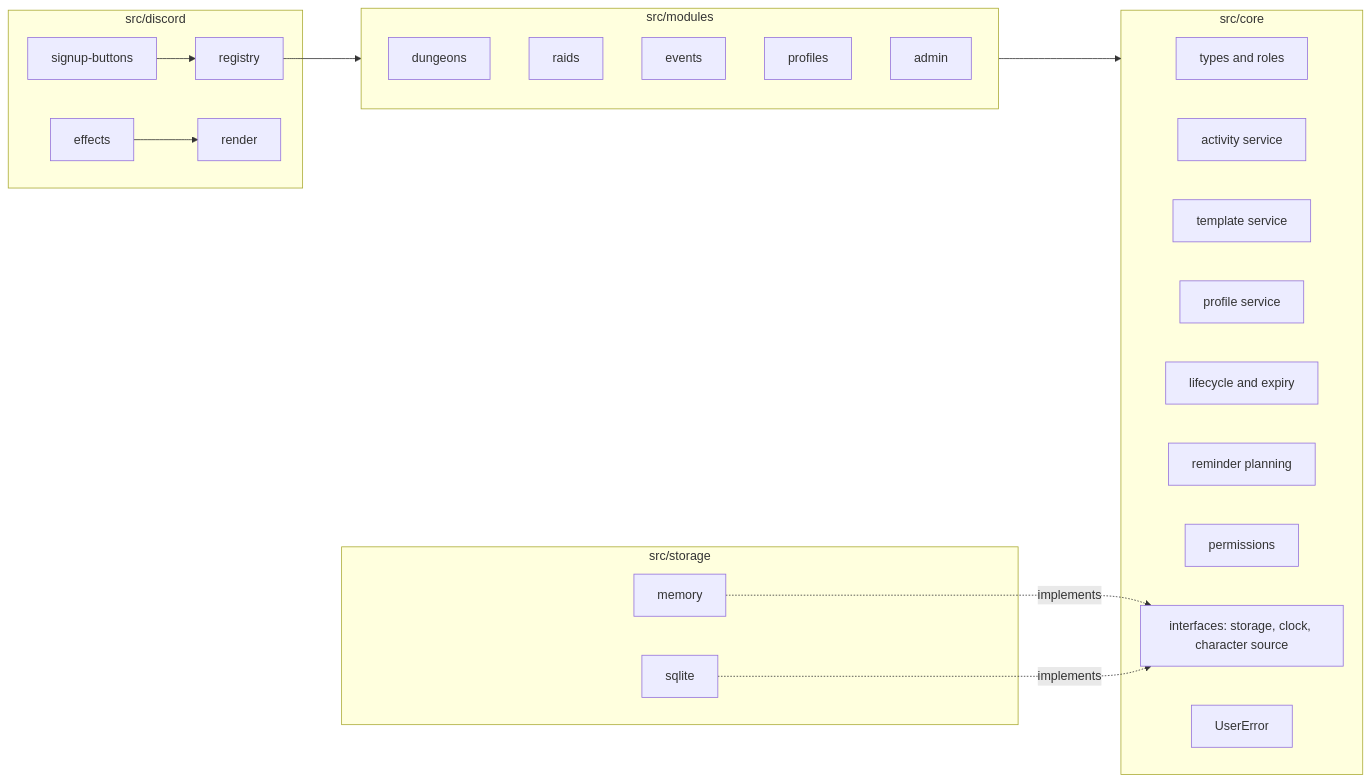
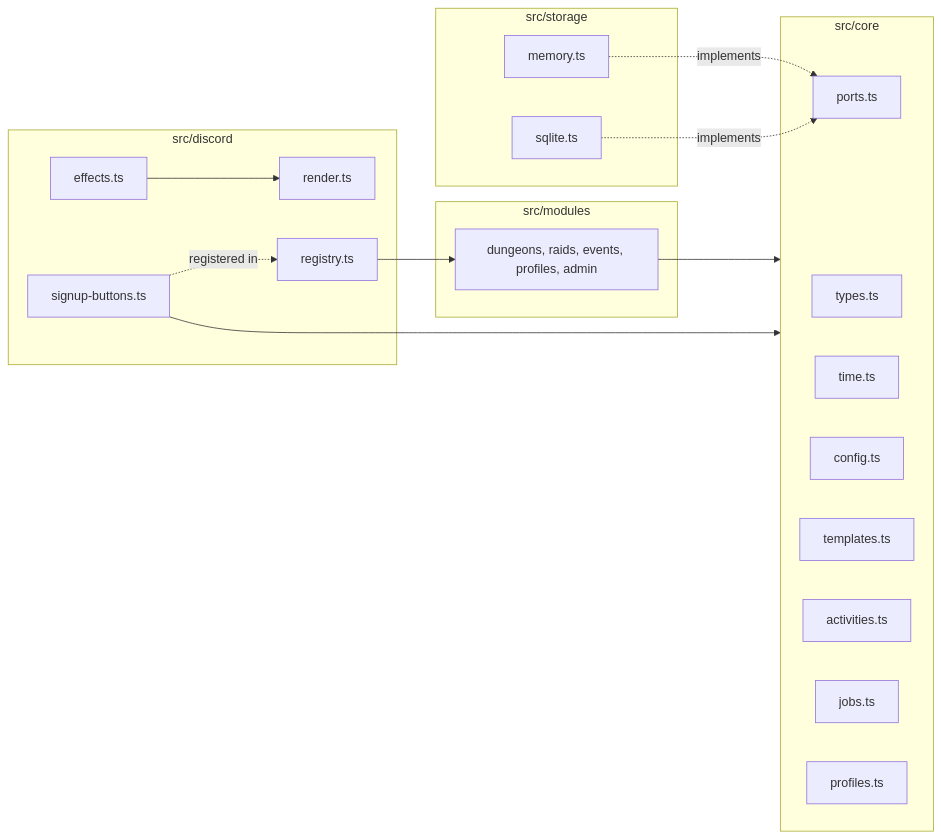
Before and after one commit to brookflok/dungeon-raid-discord-bot: the third of 7 diagrams in docs/architecture/arc42.md, drawn with Mermaid. The commit also changed other lines of this file, not shown here.

Commit message:
docs: arc42 file-level view and technology stack labelling
Claude-Session: https://claude.ai/code/session_018EKDfU1muG6vsiVQVMN85E

````diff
--- a/docs/architecture/arc42.md
+++ b/docs/architecture/arc42.md
@@ -141,37 +141,33 @@
 ```mermaid
 flowchart LR
     subgraph core[src/core]
-      types[types and roles]
-      activity[activity service]
-      templates[template service]
-      profilesrules[profile service]
-      lifecycle[lifecycle and expiry]
-      reminders[reminder planning]
-      perms[permissions]
-      ifaces[interfaces: storage, clock, character source]
-      errors[UserError]
+      types[types.ts]
+      ports[ports.ts]
+      time[time.ts]
+      config[config.ts]
+      templates[templates.ts]
+      activities[activities.ts]
+      jobs[jobs.ts]
+      profiles[profiles.ts]
     end
     subgraph modules[src/modules]
-      dungeons
-      raids
-      events
-      profiles
-      admin
+      mods[dungeons, raids, events, profiles, admin]
     end
     subgraph discord[src/discord]
-      registry
-      render
-      effects
-      signupbuttons[signup-buttons]
+      registry[registry.ts]
+      render[render.ts]
+      effects[effects.ts]
+      signup[signup-buttons.ts]
     end
     subgraph storage[src/storage]
-      memory
-      sqlite
+      memory[memory.ts]
+      sqlite[sqlite.ts]
     end
-    registry --> modules
-    modules --> core
+    registry --> mods
+    mods --> core
+    signup --> core
     effects --> render
-    signupbuttons --> registry
-    memory -. implements .-> ifaces
-    sqlite -. implements .-> ifaces
+    signup -. registered in .-> registry
+    memory -. implements .-> ports
+    sqlite -. implements .-> ports
 ```
````
